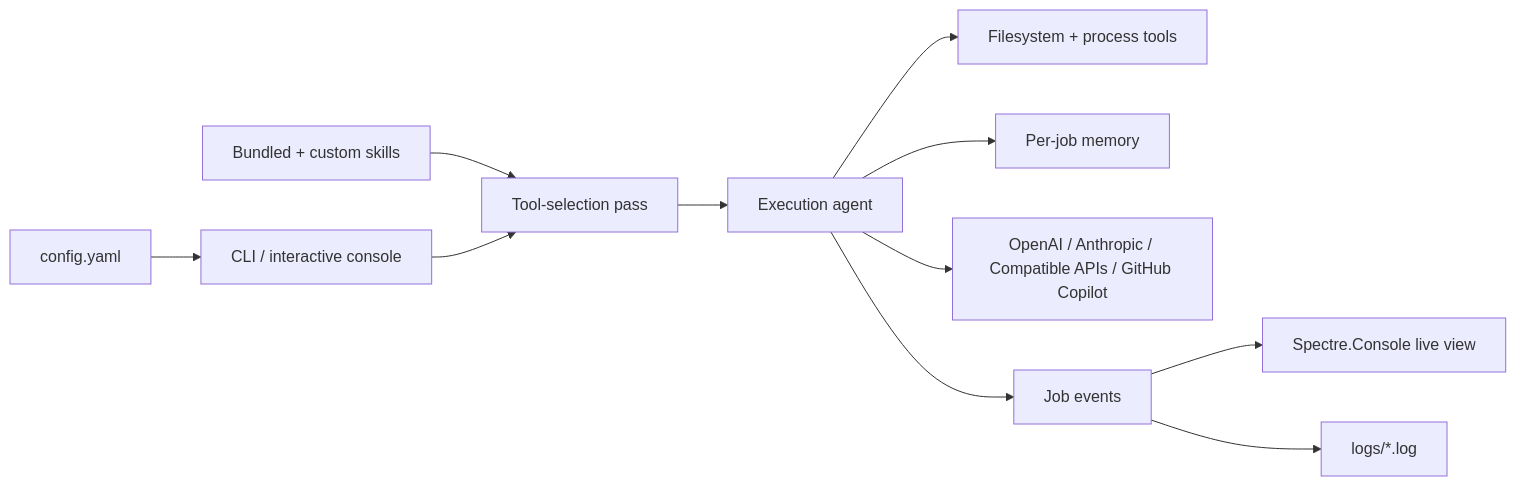
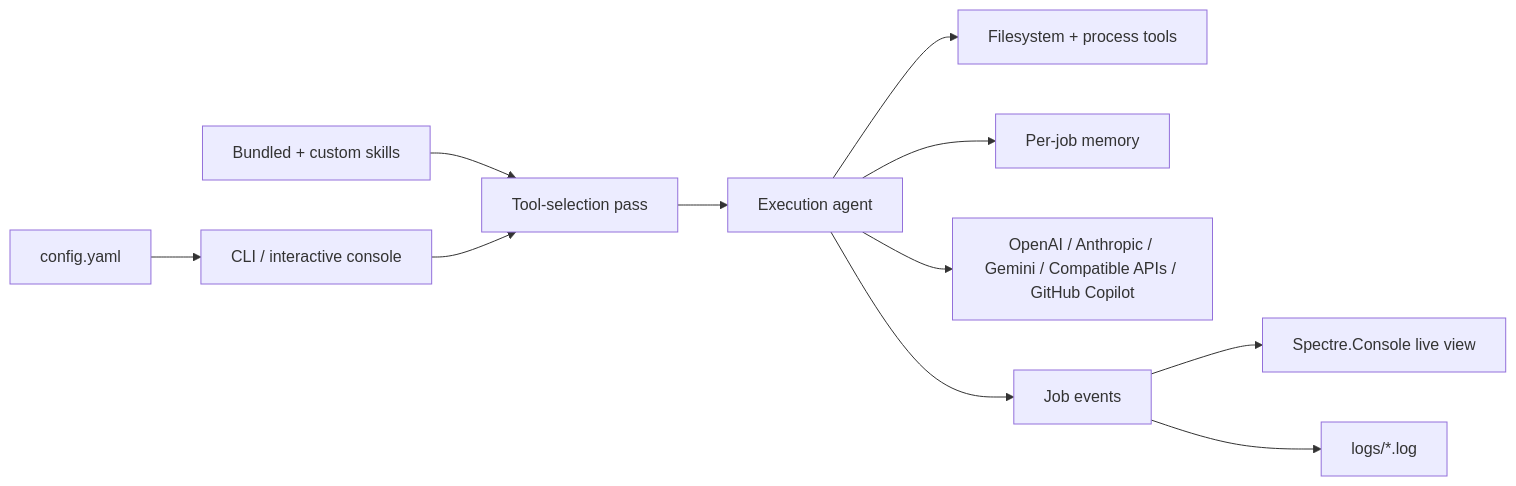
The diagram in README.md (jihadkhawaja/OneShotPrompt), drawn with Mermaid before and after one commit. The commit also changed other lines of this file and 11 other files, not shown here.

````diff
--- a/README.md
+++ b/README.md
@@ -20,13 +20,13 @@
 ```mermaid
 flowchart LR
   Config["config.yaml"] --> Console["CLI / interactive console"]
   Skills["Bundled + custom skills"] --> Selector["Tool-selection pass"]
   Console --> Selector
   Selector --> Agent["Execution agent"]
   Agent --> Tools["Filesystem + process tools"]
   Agent --> Memory["Per-job memory"]
-  Agent --> Providers["OpenAI / Anthropic / Compatible APIs / GitHub Copilot"]
+  Agent --> Providers["OpenAI / Anthropic / Gemini / Compatible APIs / GitHub Copilot"]
   Agent --> Events["Job events"]
   Events --> Terminal["Spectre.Console live view"]
   Events --> Logs["logs/*.log"]
 ```
````
